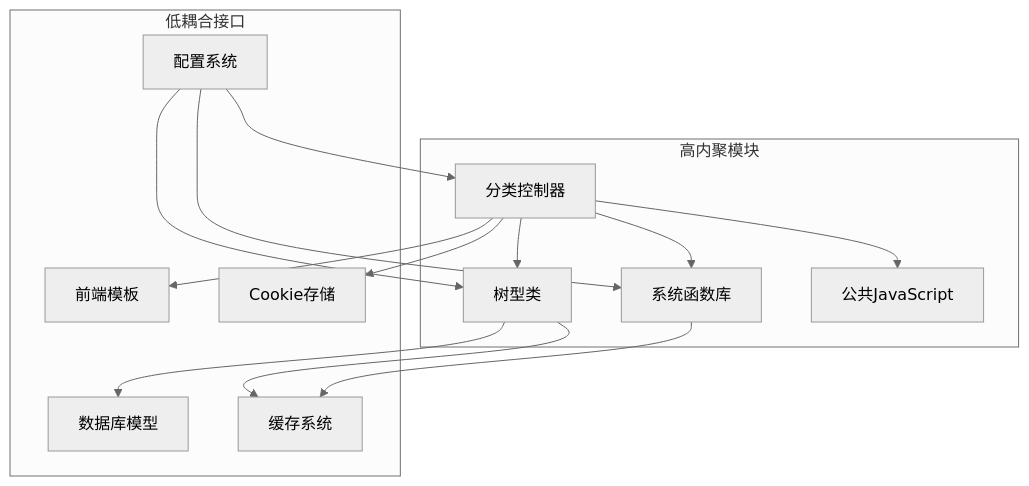
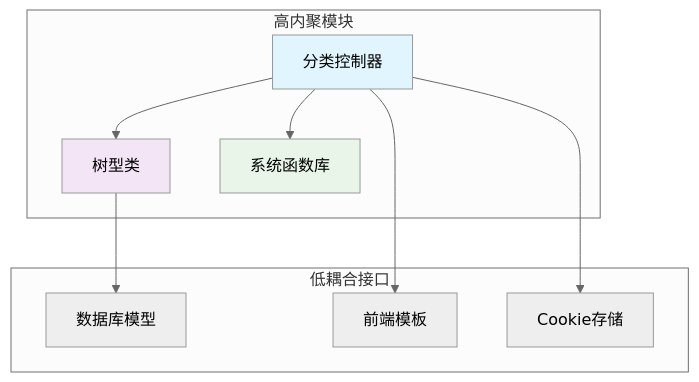
The tenth of 11 diagrams in .qoder/repowiki/zh/content/后台管理模块/分类管理/分类树形结构管理.md (lirongyaoper/lryblog.com), drawn with Mermaid (neutral theme) before and after one commit. The commit also changed other lines of this file and 13 other files, not shown here.

````diff
--- a/.qoder/repowiki/zh/content/后台管理模块/分类管理/分类树形结构管理.md
+++ b/.qoder/repowiki/zh/content/后台管理模块/分类管理/分类树形结构管理.md
@@ -370,27 +329,21 @@
 ```mermaid
 graph TB
 subgraph "高内聚模块"
 A[分类控制器]
 B[树型类]
 C[系统函数库]
-D[公共JavaScript]
 end
 subgraph "低耦合接口"
-E[数据库模型]
-F[前端模板]
-G[Cookie存储]
-H[缓存系统]
-I[配置系统]
+D[数据库模型]
+E[前端模板]
+F[Cookie存储]
 end
 A --> B
 A --> C
-A --> D
-B --> E
+B --> D
+A --> E
 A --> F
-A --> G
-B --> H
-C --> H
-I --> A
-I --> B
-I --> C
+style A fill:#e1f5fe
+style B fill:#f3e5f5
+style C fill:#e8f5e8
 ```
````
